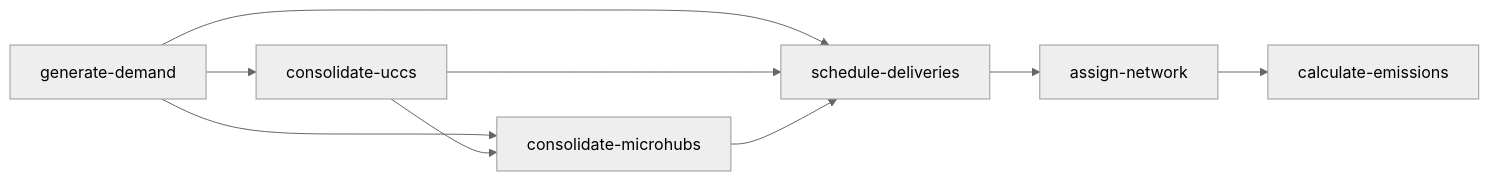
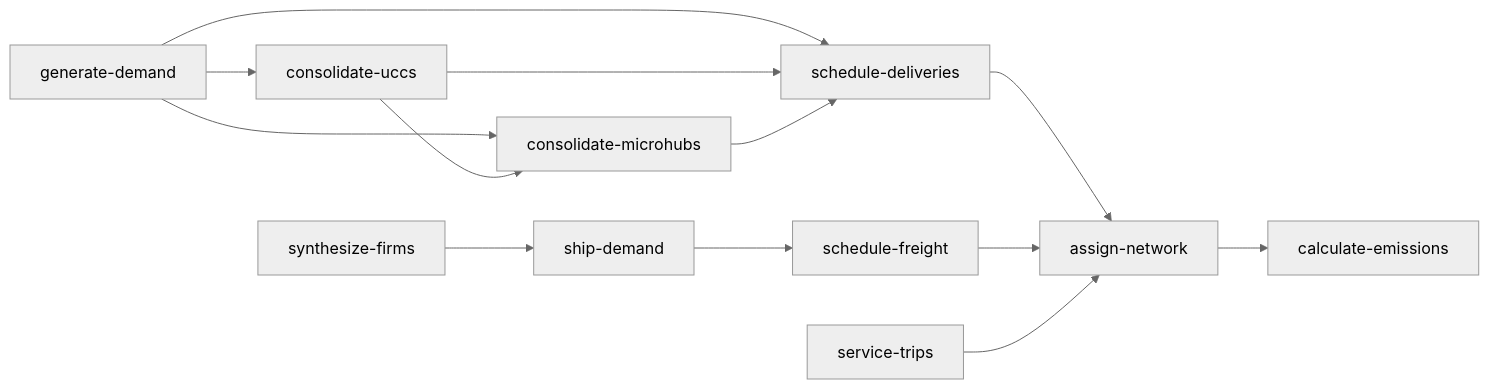
One commit to hcubasd/urban-dollop changed the diagram in README.md. Above: the diagram before and after it, drawn with Mermaid (neutral theme). The commit also changed other lines of this file and 11 other files, not shown here.

First line of the commit message:
feat: add synthesize-firms module and update pipeline diagram

````diff
--- a/README.md
+++ b/README.md
@@ -39,11 +39,15 @@
 ```mermaid
 flowchart LR
     A[generate-demand] --> B[consolidate-uccs]
     A --> C[consolidate-microhubs]
     A --> D[schedule-deliveries]
     B --> C
     B --> D
     C --> D
+    G[synthesize-firms] --> H[ship-demand]
+    H --> I[schedule-freight]
     D --> E[assign-network]
+    I --> E
+    J[service-trips] --> E
     E --> F[calculate-emissions]
 ```
````
